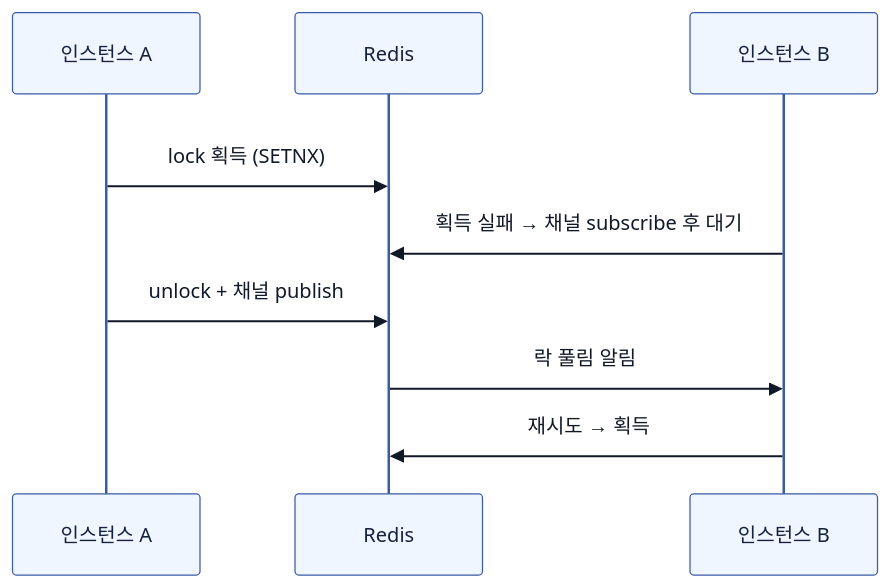
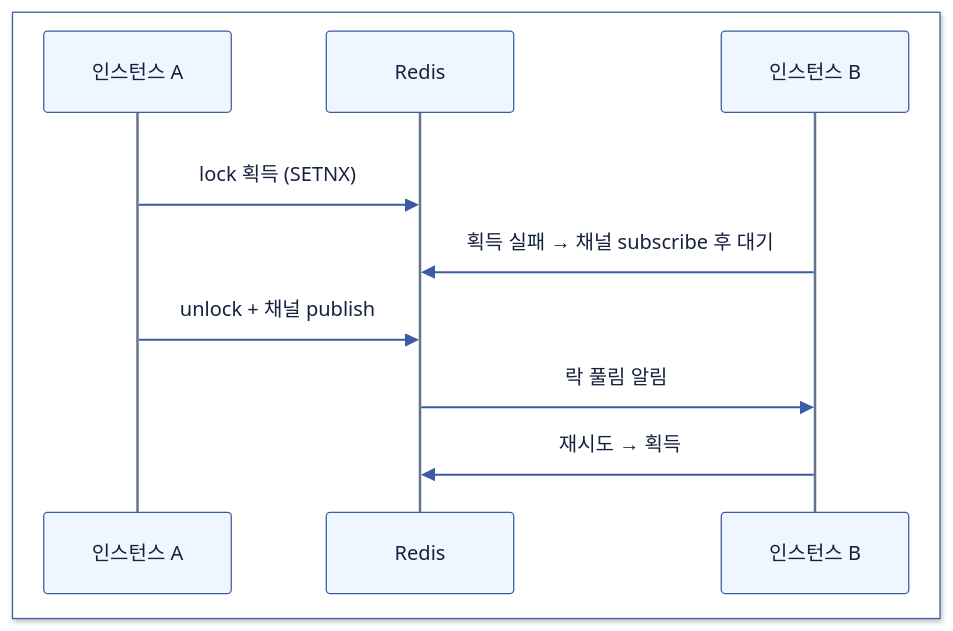
The second of 3 diagrams in computer-science/2607-race-condition.md (Hyune-s-lab/my-ai-study), drawn with Mermaid before and after one commit. The commit also changed other lines of this file and 28 other files, not shown here.

Commit message:
docs: Mermaid 호환성과 문서 가독성 개선

````diff
--- a/computer-science/2607-race-condition.md
+++ b/computer-science/2607-race-condition.md
@@ -178,31 +163,16 @@
 ```mermaid
----
-config:
-  theme: base
-  darkMode: false
-  themeVariables:
-    background: "#ffffff"
-    primaryColor: "#ffffff"
-    primaryTextColor: "#111827"
-    primaryBorderColor: "#475569"
-    lineColor: "#334155"
-    edgeLabelBackground: "#ffffff"
-    actorBkg: "#EFF6FF"
-    actorBorder: "#3B5BA5"
-    actorTextColor: "#16213E"
-    noteBkgColor: "#F0FDF4"
-    noteTextColor: "#14532D"
-    noteBorderColor: "#3F8E55"
----
 sequenceDiagram
-    rect rgb(255, 255, 255)
+%%{init: {"theme": "base", "darkMode": false, "themeVariables": {"background": "#ffffff", "primaryColor": "#EFF6FF", "primaryTextColor": "#16213E", "primaryBorderColor": "#3B5BA5", "secondaryColor": "#F0FDF4", "tertiaryColor": "#FAF5FF", "lineColor": "#3B5BA5", "textColor": "#16213E", "edgeLabelBackground": "#ffffff", "actorBkg": "#EFF6FF", "actorBorder": "#3B5BA5", "actorTextColor": "#16213E", "signalColor": "#3B5BA5", "signalTextColor": "#16213E", "noteBkgColor": "#FFF7ED", "noteBorderColor": "#C98A2B", "noteTextColor": "#16213E", "labelBoxBkgColor": "#EFF6FF", "labelTextColor": "#16213E", "loopTextColor": "#16213E", "actorLineColor": "#64748B", "labelBoxBorderColor": "#3B5BA5"}}}%%
+  box rgb(255, 255, 255)
     participant A as 인스턴스 A
     participant R as Redis
     participant B as 인스턴스 B
+  end
+  rect rgb(255, 255, 255)
     A->>R: lock 획득 (SETNX)
     B->>R: 획득 실패 → 채널 subscribe 후 대기
     A->>R: unlock + 채널 publish
     R->>B: 락 풀림 알림
     B->>R: 재시도 → 획득
-    end
+  end
 ```
````
